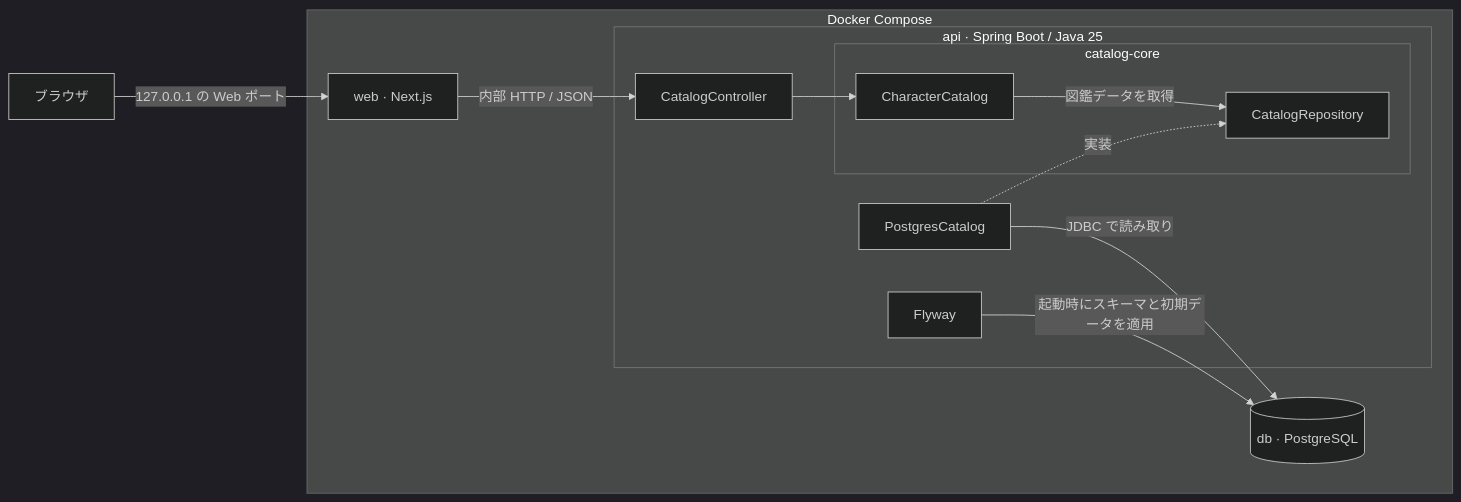
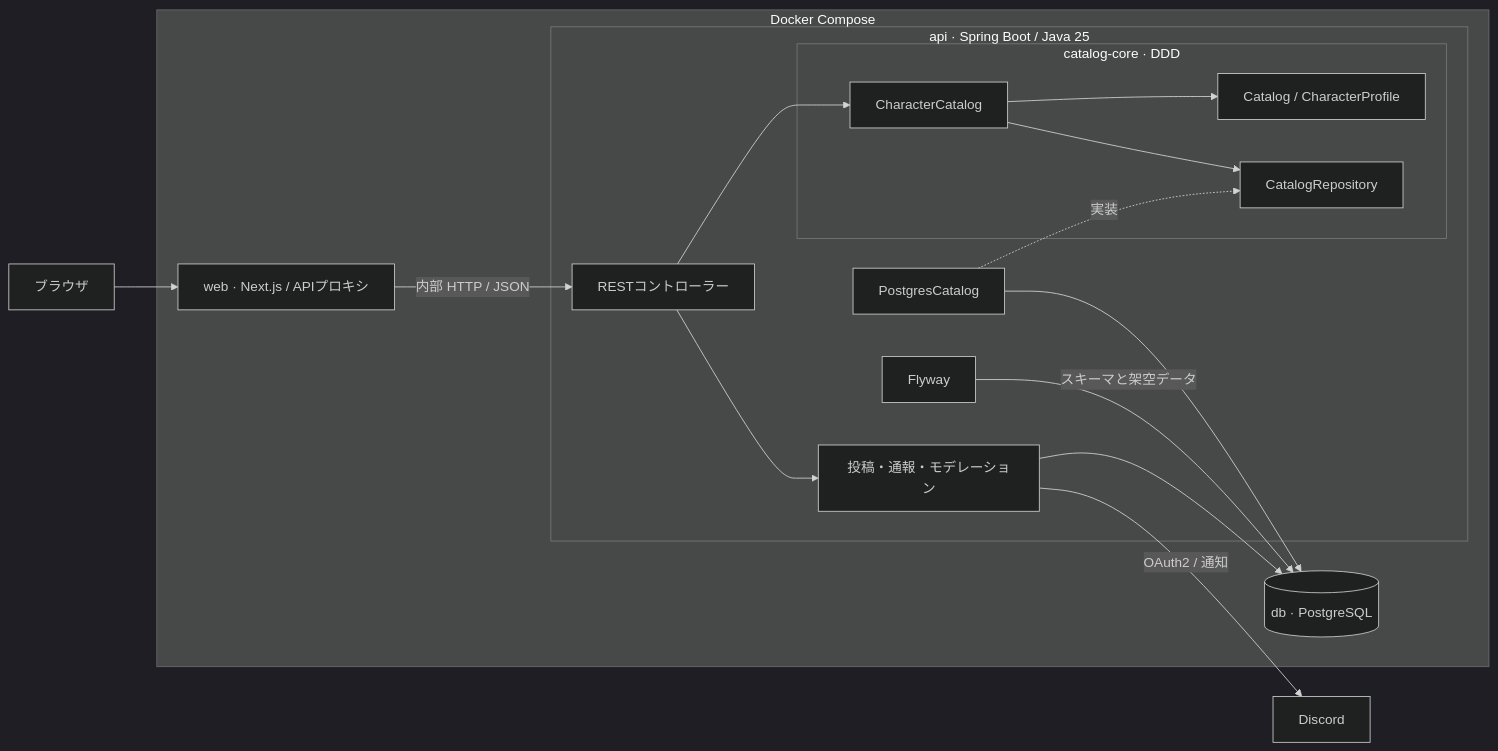
Before and after one commit to rk-codefolio/character-atlas: the diagram in docs/ARCHITECTURE.md, drawn with Mermaid (dark theme). The commit also changed other lines of this file and 41 other files, not shown here.

````diff
--- a/docs/ARCHITECTURE.md
+++ b/docs/ARCHITECTURE.md
@@ -7,24 +7,31 @@
 ```mermaid
 flowchart LR
     browser["ブラウザ"]
+    discord["Discord"]
     subgraph compose["Docker Compose"]
-        web["web · Next.js"]
+        web["web · Next.js / APIプロキシ"]
         subgraph api["api · Spring Boot / Java 25"]
-            controller["CatalogController"]
-            subgraph core["catalog-core"]
+            controller["RESTコントローラー"]
+            subgraph core["catalog-core · DDD"]
+                model["Catalog / CharacterProfile"]
                 usecase["CharacterCatalog"]
                 port["CatalogRepository"]
             end
             adapter["PostgresCatalog"]
+            moderation["投稿・通報・モデレーション"]
             flyway["Flyway"]
         end
         db[("db · PostgreSQL")]
         web -->|"内部 HTTP / JSON"| controller
         controller --> usecase
-        usecase -->|"図鑑データを取得"| port
+        controller --> moderation
+        usecase --> model
+        usecase --> port
         adapter -.->|"実装"| port
-        adapter -->|"JDBC で読み取り"| db
-        flyway -->|"起動時にスキーマと初期データを適用"| db
+        adapter --> db
+        moderation --> db
+        flyway -->|"スキーマと架空データ"| db
     end
-    browser -->|"127.0.0.1 の Web ポート"| web
+    browser --> web
+    moderation -->|"OAuth2 / 通知"| discord
 ```
````
